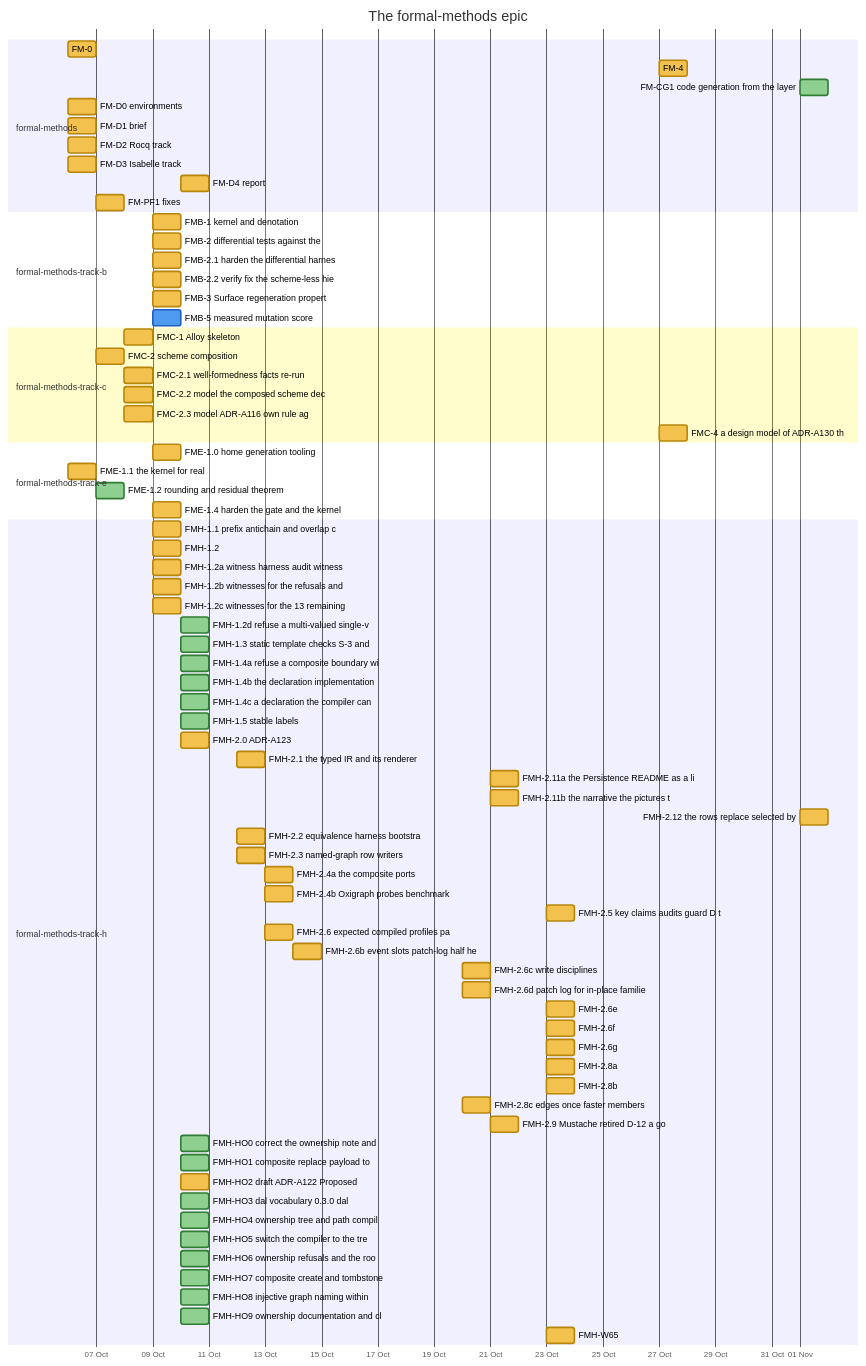
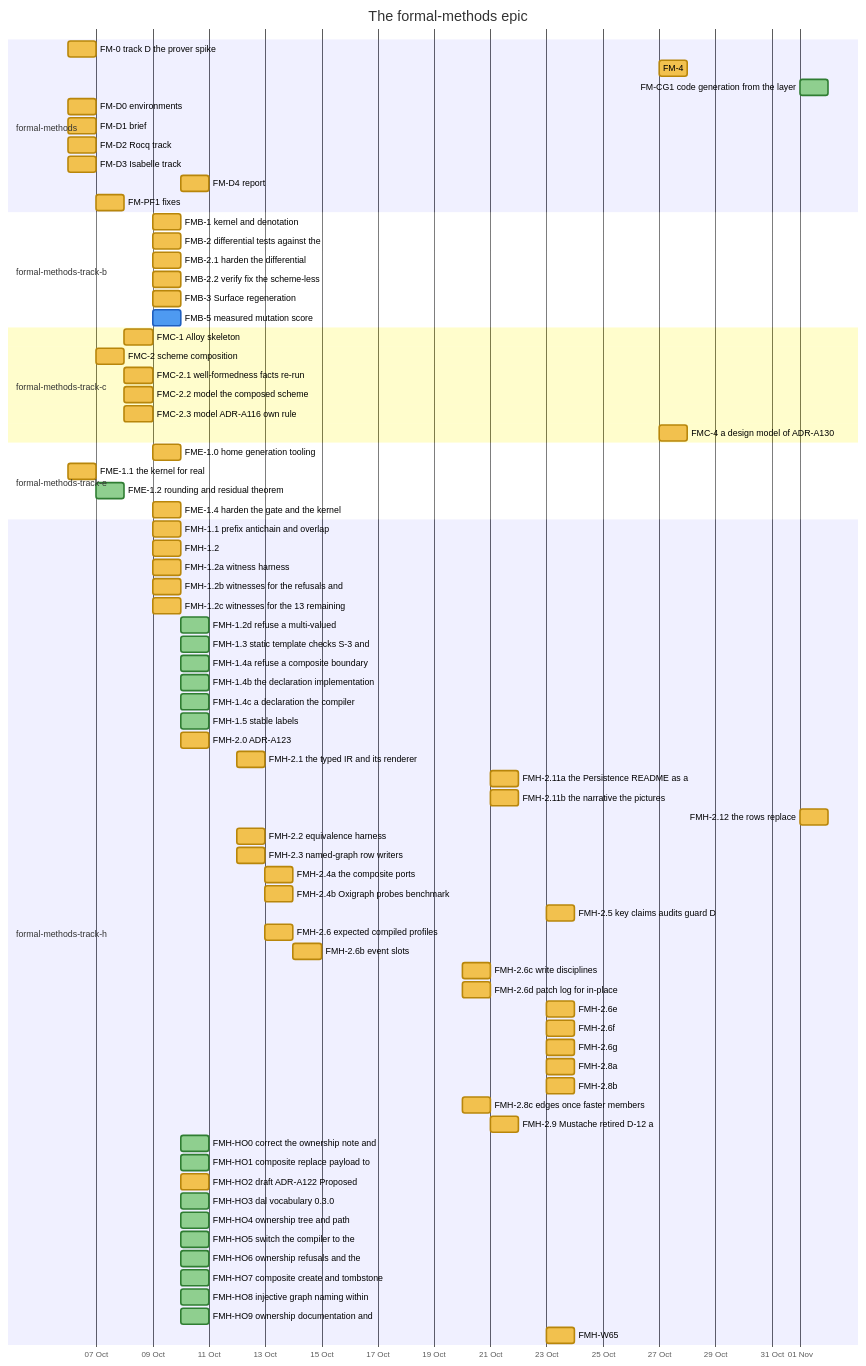
One commit to nebularis/lattice changed the third of 26 diagrams in docs/developer/ROADMAP.md. Above: the diagram before and after it, drawn with Mermaid. The commit also changed other lines of this file and 126 other files, not shown here.

````diff
--- a/docs/developer/ROADMAP.md
+++ b/docs/developer/ROADMAP.md
@@ -108,80 +109,80 @@
 ```mermaid
 %%{init: {"themeVariables": {"taskBkgColor": "#f2c14e", "taskBorderColor": "#b8860b", "taskTextColor": "#000000", "activeTaskBkgColor": "#4e9af1", "activeTaskBorderColor": "#1f5fbf", "activeTaskBorderColor": "#1f5fbf", "doneTaskBkgColor": "#8fcf8f", "doneTaskBorderColor": "#2f7d32", "critBkgColor": "#f28b82", "critBorderColor": "#b23a30", "taskTextDarkColor": "#000000", "taskTextLightColor": "#000000"}}}%%
 gantt
     title The formal-methods epic
     dateFormat YYYY-MM-DD
     axisFormat %d %b
     section formal-methods
-    FM-0 :fm0, 2026-10-06, 2026-10-07
+    FM-0 track D the prover spike :fm0, 2026-10-06, 2026-10-07
     FM-4 :fm4, 2026-10-27, 2026-10-28
     FM-CG1 code generation from the layer :done, fmcg1, 2026-11-01, 2026-11-02
     FM-D0 environments :fmd0, 2026-10-06, 2026-10-07
     FM-D1 brief :fmd1, 2026-10-06, 2026-10-07
     FM-D2 Rocq track :fmd2, 2026-10-06, 2026-10-07
     FM-D3 Isabelle track :fmd3, 2026-10-06, 2026-10-07
     FM-D4 report :fmd4, 2026-10-10, 2026-10-11
     FM-PF1 fixes :fmpf1, 2026-10-07, 2026-10-08
     section formal-methods-track-b
     FMB-1 kernel and denotation :fmb1, 2026-10-09, 2026-10-10
     FMB-2 differential tests against the :fmb2, 2026-10-09, 2026-10-10
-    FMB-2.1 harden the differential harnes :fmb21, 2026-10-09, 2026-10-10
-    FMB-2.2 verify fix the scheme-less hie :fmb22, 2026-10-09, 2026-10-10
-    FMB-3 Surface regeneration propert :fmb3, 2026-10-09, 2026-10-10
+    FMB-2.1 harden the differential :fmb21, 2026-10-09, 2026-10-10
+    FMB-2.2 verify fix the scheme-less :fmb22, 2026-10-09, 2026-10-10
+    FMB-3 Surface regeneration :fmb3, 2026-10-09, 2026-10-10
     FMB-5 measured mutation score :active, fmb5, 2026-10-09, 2026-10-10
     section formal-methods-track-c
     FMC-1 Alloy skeleton :fmc1, 2026-10-08, 2026-10-09
     FMC-2 scheme composition :fmc2, 2026-10-07, 2026-10-08
     FMC-2.1 well-formedness facts re-run :fmc21, 2026-10-08, 2026-10-09
-    FMC-2.2 model the composed scheme dec :fmc22, 2026-10-08, 2026-10-09
-    FMC-2.3 model ADR-A116 own rule ag :fmc23, 2026-10-08, 2026-10-09
-    FMC-4 a design model of ADR-A130 th :fmc4, 2026-10-27, 2026-10-28
+    FMC-2.2 model the composed scheme :fmc22, 2026-10-08, 2026-10-09
+    FMC-2.3 model ADR-A116 own rule :fmc23, 2026-10-08, 2026-10-09
+    FMC-4 a design model of ADR-A130 :fmc4, 2026-10-27, 2026-10-28
     section formal-methods-track-e
     FME-1.0 home generation tooling :fme10, 2026-10-09, 2026-10-10
     FME-1.1 the kernel for real :fme11, 2026-10-06, 2026-10-07
     FME-1.2 rounding and residual theorem :done, fme12, 2026-10-07, 2026-10-08
     FME-1.4 harden the gate and the kernel :fme14, 2026-10-09, 2026-10-10
     section formal-methods-track-h
-    FMH-1.1 prefix antichain and overlap c :fmh11, 2026-10-09, 2026-10-10
+    FMH-1.1 prefix antichain and overlap :fmh11, 2026-10-09, 2026-10-10
     FMH-1.2 :fmh12, 2026-10-09, 2026-10-10
-    FMH-1.2a witness harness audit witness :fmh12a, 2026-10-09, 2026-10-10
+    FMH-1.2a witness harness :fmh12a, 2026-10-09, 2026-10-10
     FMH-1.2b witnesses for the refusals and :fmh12b, 2026-10-09, 2026-10-10
     FMH-1.2c witnesses for the 13 remaining :fmh12c, 2026-10-09, 2026-10-10
-    FMH-1.2d refuse a multi-valued single-v :done, fmh12d, 2026-10-10, 2026-10-11
+    FMH-1.2d refuse a multi-valued :done, fmh12d, 2026-10-10, 2026-10-11
     FMH-1.3 static template checks S-3 and :done, fmh13, 2026-10-10, 2026-10-11
-    FMH-1.4a refuse a composite boundary wi :done, fmh14a, 2026-10-10, 2026-10-11
+    FMH-1.4a refuse a composite boundary :done, fmh14a, 2026-10-10, 2026-10-11
     FMH-1.4b the declaration implementation :done, fmh14b, 2026-10-10, 2026-10-11
-    FMH-1.4c a declaration the compiler can :done, fmh14c, 2026-10-10, 2026-10-11
+    FMH-1.4c a declaration the compiler :done, fmh14c, 2026-10-10, 2026-10-11
     FMH-1.5 stable labels :done, fmh15, 2026-10-10, 2026-10-11
     FMH-2.0 ADR-A123 :fmh20, 2026-10-10, 2026-10-11
     FMH-2.1 the typed IR and its renderer :fmh21, 2026-10-12, 2026-10-13
-    FMH-2.11a the Persistence README as a li :fmh211a, 2026-10-21, 2026-10-22
-    FMH-2.11b the narrative the pictures t :fmh211b, 2026-10-21, 2026-10-22
-    FMH-2.12 the rows replace selected by :fmh212, 2026-11-01, 2026-11-02
-    FMH-2.2 equivalence harness bootstra :fmh22, 2026-10-12, 2026-10-13
+    FMH-2.11a the Persistence README as a :fmh211a, 2026-10-21, 2026-10-22
+    FMH-2.11b the narrative the pictures :fmh211b, 2026-10-21, 2026-10-22
+    FMH-2.12 the rows replace :fmh212, 2026-11-01, 2026-11-02
+    FMH-2.2 equivalence harness :fmh22, 2026-10-12, 2026-10-13
     FMH-2.3 named-graph row writers :fmh23, 2026-10-12, 2026-10-13
     FMH-2.4a the composite ports :fmh24a, 2026-10-13, 2026-10-14
     FMH-2.4b Oxigraph probes benchmark :fmh24b, 2026-10-13, 2026-10-14
-    FMH-2.5 key claims audits guard D t :fmh25, 2026-10-23, 2026-10-24
-    FMH-2.6 expected compiled profiles pa :fmh26, 2026-10-13, 2026-10-14
-    FMH-2.6b event slots patch-log half he :fmh26b, 2026-10-14, 2026-10-15
+    FMH-2.5 key claims audits guard D :fmh25, 2026-10-23, 2026-10-24
+    FMH-2.6 expected compiled profiles :fmh26, 2026-10-13, 2026-10-14
+    FMH-2.6b event slots :fmh26b, 2026-10-14, 2026-10-15
     FMH-2.6c write disciplines :fmh26c, 2026-10-20, 2026-10-21
-    FMH-2.6d patch log for in-place familie :fmh26d, 2026-10-20, 2026-10-21
+    FMH-2.6d patch log for in-place :fmh26d, 2026-10-20, 2026-10-21
     FMH-2.6e :fmh26e, 2026-10-23, 2026-10-24
     FMH-2.6f :fmh26f, 2026-10-23, 2026-10-24
     FMH-2.6g :fmh26g, 2026-10-23, 2026-10-24
     FMH-2.8a :fmh28a, 2026-10-23, 2026-10-24
     FMH-2.8b :fmh28b, 2026-10-23, 2026-10-24
     FMH-2.8c edges once faster members :fmh28c, 2026-10-20, 2026-10-21
-    FMH-2.9 Mustache retired D-12 a go :fmh29, 2026-10-21, 2026-10-22
+    FMH-2.9 Mustache retired D-12 a :fmh29, 2026-10-21, 2026-10-22
     FMH-HO0 correct the ownership note and :done, fmhho0, 2026-10-10, 2026-10-11
     FMH-HO1 composite replace payload to :done, fmhho1, 2026-10-10, 2026-10-11
     FMH-HO2 draft ADR-A122 Proposed :fmhho2, 2026-10-10, 2026-10-11
-    FMH-HO3 dal vocabulary 0.3.0 dal :done, fmhho3, 2026-10-10, 2026-10-11
-    FMH-HO4 ownership tree and path compil :done, fmhho4, 2026-10-10, 2026-10-11
-    FMH-HO5 switch the compiler to the tre :done, fmhho5, 2026-10-10, 2026-10-11
-    FMH-HO6 ownership refusals and the roo :done, fmhho6, 2026-10-10, 2026-10-11
+    FMH-HO3 dal vocabulary 0.3.0 :done, fmhho3, 2026-10-10, 2026-10-11
+    FMH-HO4 ownership tree and path :done, fmhho4, 2026-10-10, 2026-10-11
+    FMH-HO5 switch the compiler to the :done, fmhho5, 2026-10-10, 2026-10-11
+    FMH-HO6 ownership refusals and the :done, fmhho6, 2026-10-10, 2026-10-11
     FMH-HO7 composite create and tombstone :done, fmhho7, 2026-10-10, 2026-10-11
     FMH-HO8 injective graph naming within :done, fmhho8, 2026-10-10, 2026-10-11
-    FMH-HO9 ownership documentation and cl :done, fmhho9, 2026-10-10, 2026-10-11
+    FMH-HO9 ownership documentation and :done, fmhho9, 2026-10-10, 2026-10-11
     FMH-W65 :fmhw65, 2026-10-23, 2026-10-24
 ```
````
